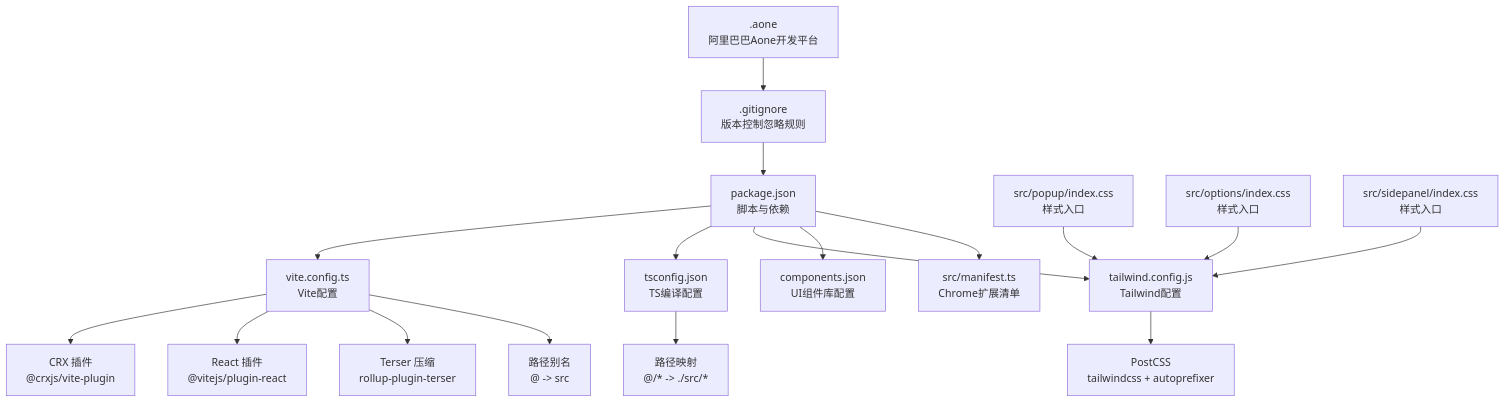
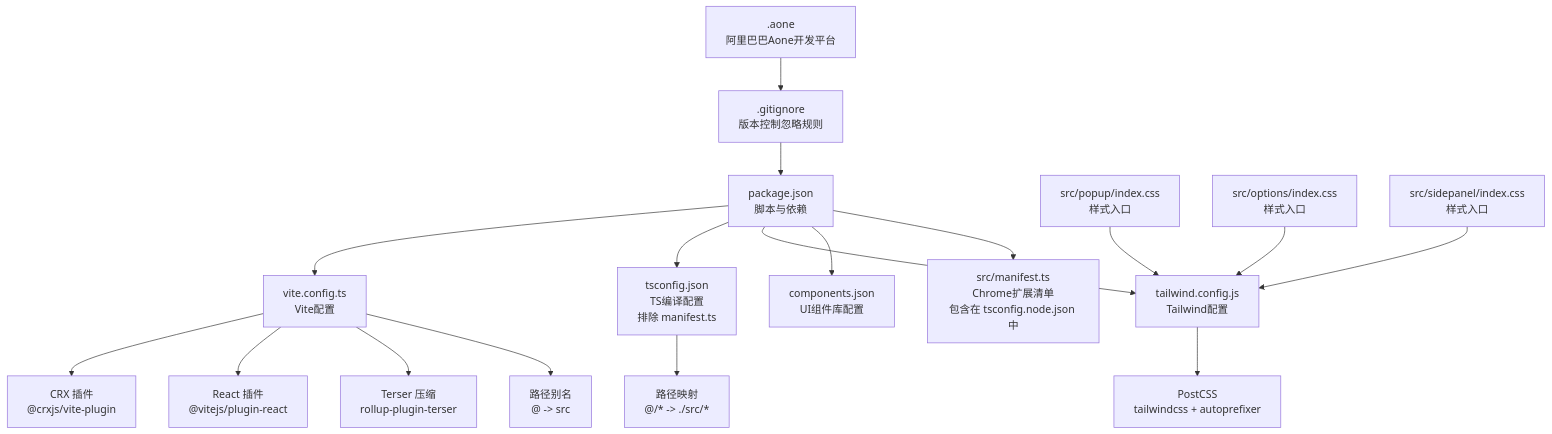
The first of 7 diagrams in .qoder/repowiki/zh/content/开发指南/构建配置详解.md (RadiumAg/bilibili-favorites), drawn with Mermaid before and after one commit. The commit also changed other lines of this file and 3 other files, not shown here.

````diff
--- a/.qoder/repowiki/zh/content/开发指南/构建配置详解.md
+++ b/.qoder/repowiki/zh/content/开发指南/构建配置详解.md
@@ -58,19 +58,19 @@
 ```mermaid
 graph TB
 A["package.json<br/>脚本与依赖"] --> B["vite.config.ts<br/>Vite配置"]
 B --> C["CRX 插件<br/>@crxjs/vite-plugin"]
 B --> D["React 插件<br/>@vitejs/plugin-react"]
 B --> E["Terser 压缩<br/>rollup-plugin-terser"]
 B --> F["路径别名<br/>@ -> src"]
-A --> G["tsconfig.json<br/>TS编译配置"]
+A --> G["tsconfig.json<br/>TS编译配置<br/>排除 manifest.ts"]
 G --> H["路径映射<br/>@/* -> ./src/*"]
 A --> I["tailwind.config.js<br/>Tailwind配置"]
 I --> J["PostCSS<br/>tailwindcss + autoprefixer"]
 A --> K["components.json<br/>UI组件库配置"]
-A --> L["src/manifest.ts<br/>Chrome扩展清单"]
+A --> L["src/manifest.ts<br/>Chrome扩展清单<br/>包含在 tsconfig.node.json 中"]
 M["src/popup/index.css<br/>样式入口"] --> I
 N["src/options/index.css<br/>样式入口"] --> I
 O["src/sidepanel/index.css<br/>样式入口"] --> I
 P[".gitignore<br/>版本控制忽略规则"] --> A
 Q[".aone<br/>阿里巴巴Aone开发平台"] --> P
 ```
````
